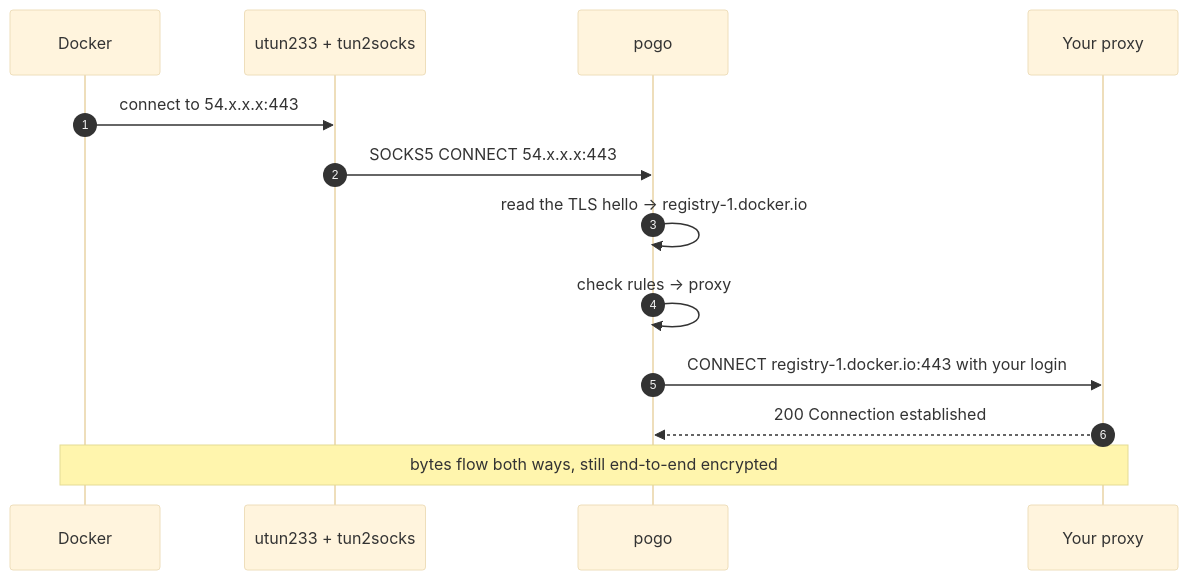
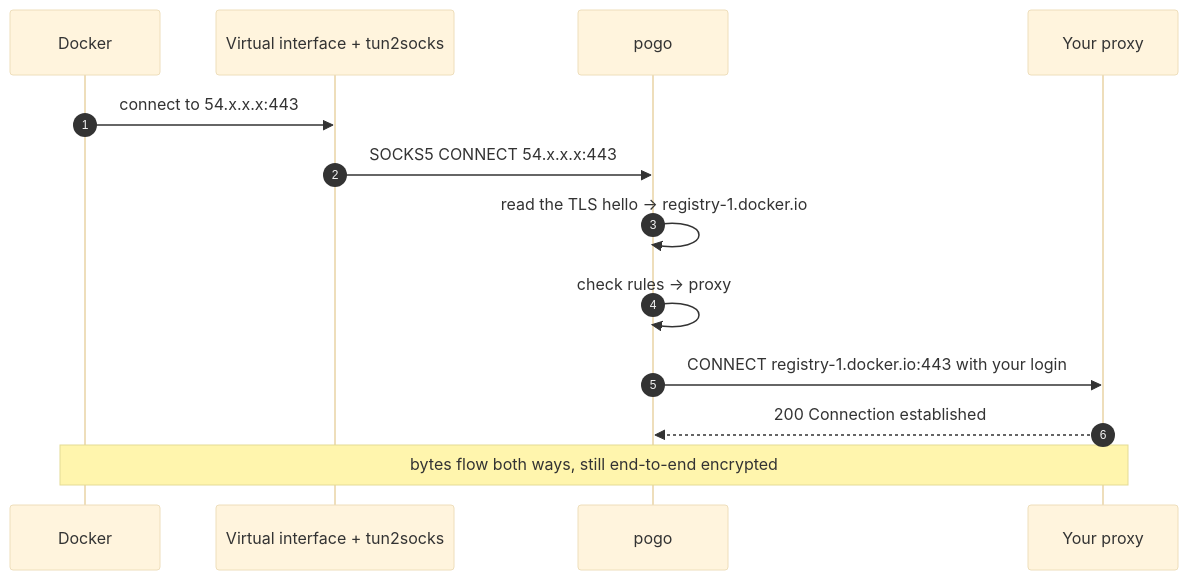
The diagram in README.md (kharshit801/pogo), drawn with Mermaid (base theme) before and after one commit. The commit also changed other lines of this file and 6 other files, not shown here.

````diff
--- a/README.md
+++ b/README.md
@@ -97,15 +111,15 @@
 ```mermaid
 sequenceDiagram
     autonumber
     participant App as Docker
-    participant Tun as utun233 + tun2socks
+    participant Tun as Virtual interface + tun2socks
     participant Pogo as pogo
     participant Proxy as Your proxy
     App->>Tun: connect to 54.x.x.x:443
     Tun->>Pogo: SOCKS5 CONNECT 54.x.x.x:443
     Pogo->>Pogo: read the TLS hello → registry-1.docker.io
     Pogo->>Pogo: check rules → proxy
     Pogo->>Proxy: CONNECT registry-1.docker.io:443 with your login
     Proxy-->>Pogo: 200 Connection established
     Note over App,Proxy: bytes flow both ways, still end-to-end encrypted
 ```
````
